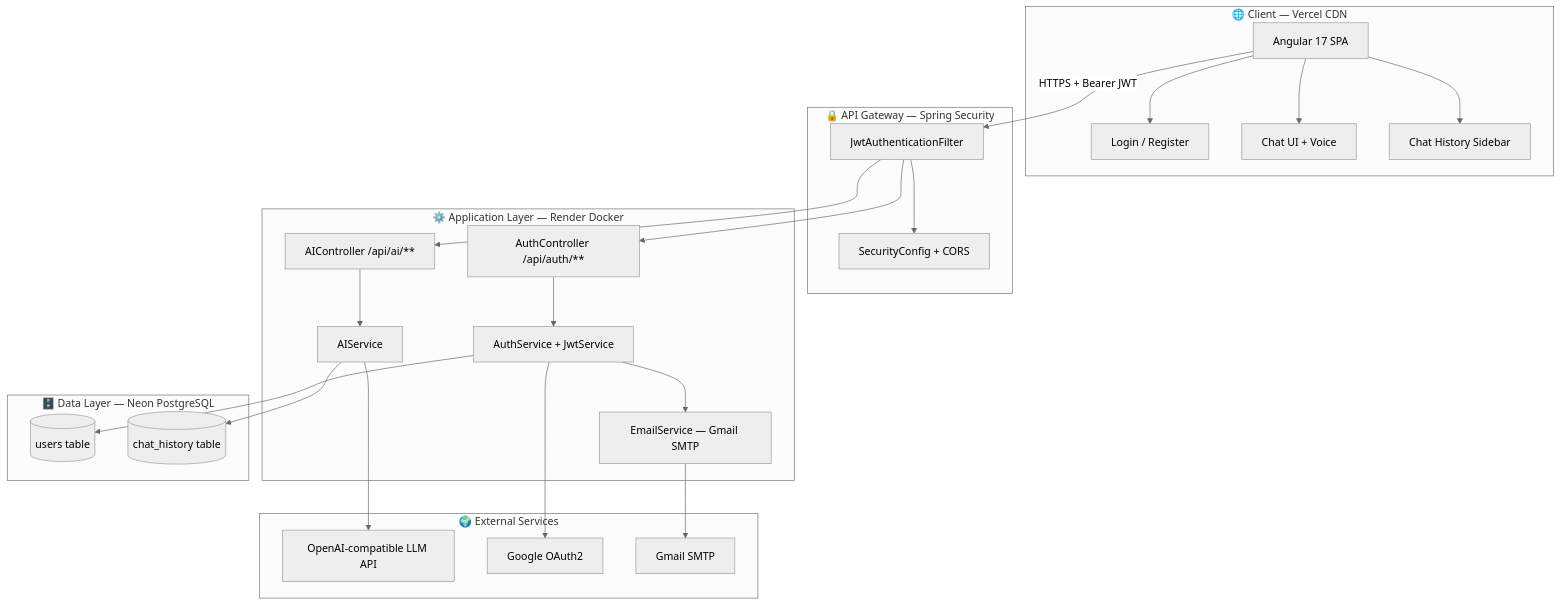
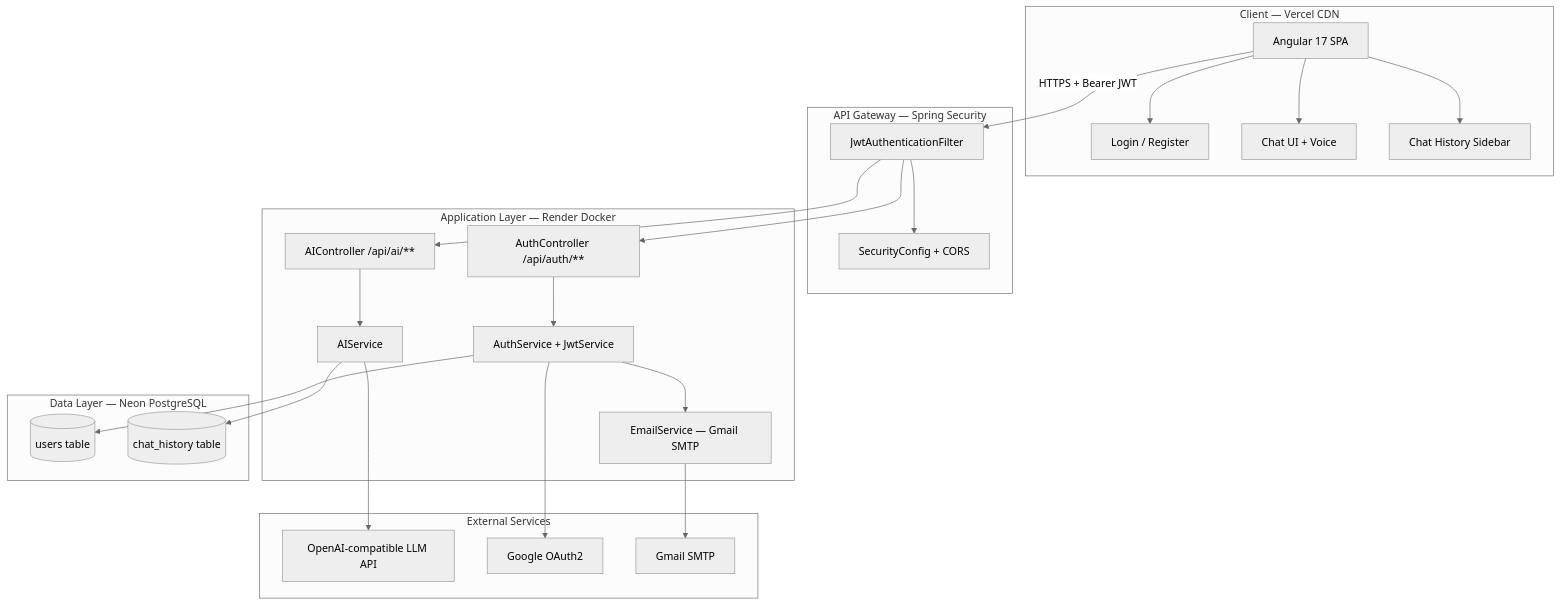
One commit to Raman-8688/secure-ai-assistant changed the first of 5 diagrams in README.md. Above: the diagram before and after it, drawn with Mermaid (neutral theme). The commit also changed other lines of this file, not shown here.

````diff
--- a/README.md
+++ b/README.md
@@ -140,49 +140,49 @@
 ```mermaid
 graph TB
-    subgraph Client ["🌐 Client — Vercel CDN"]
+    subgraph Client ["Client — Vercel CDN"]
         A[Angular 17 SPA]
         A1[Login / Register]
         A2[Chat UI + Voice]
         A3[Chat History Sidebar]
         A --> A1
         A --> A2
         A --> A3
     end
 
-    subgraph Gateway ["🔒 API Gateway — Spring Security"]
+    subgraph Gateway ["API Gateway — Spring Security"]
         B[JwtAuthenticationFilter]
         B1[SecurityConfig + CORS]
         B --> B1
     end
 
-    subgraph App ["⚙️ Application Layer — Render Docker"]
+    subgraph App ["Application Layer — Render Docker"]
         C[AuthController /api/auth/**]
         D[AIController /api/ai/**]
         E[AuthService + JwtService]
         F[AIService]
         G[EmailService — Gmail SMTP]
         C --> E
         D --> F
         E --> G
     end
 
-    subgraph Data ["🗄️ Data Layer — Neon PostgreSQL"]
+    subgraph Data ["Data Layer — Neon PostgreSQL"]
         H[(users table)]
         I[(chat_history table)]
     end
 
-    subgraph External ["🌍 External Services"]
+    subgraph External ["External Services"]
         J[OpenAI-compatible LLM API]
         K[Google OAuth2]
         L[Gmail SMTP]
     end
 
     A -- "HTTPS + Bearer JWT" --> B
     B --> C
     B --> D
     E --> H
     F --> I
     F --> J
     E --> K
     G --> L
 ```
````
